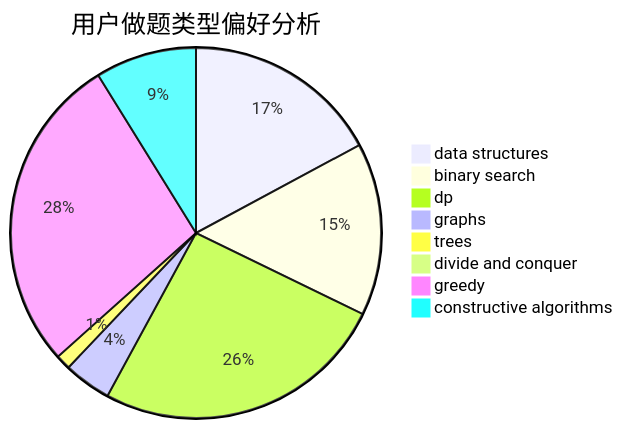
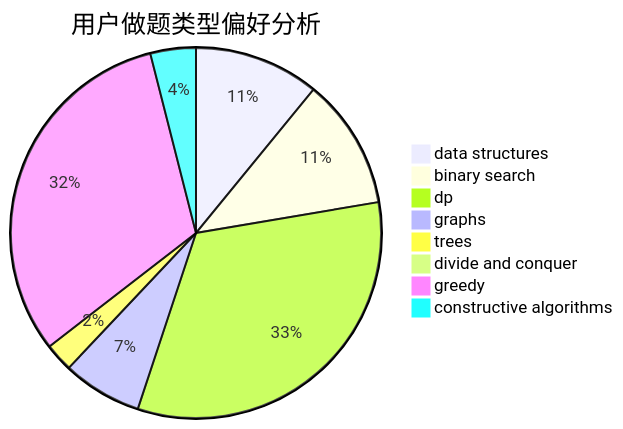
One commit to sherpahu/cfrs.github.io changed the second of 3 diagrams in docs/user/u51.md. Above: the diagram before and after it, drawn with Mermaid. The commit also changed other lines of this file and 2770 other files, not shown here.

````diff
--- a/docs/user/u51.md
+++ b/docs/user/u51.md
@@ -23,11 +23,11 @@
 ```mermaid
 pie title 用户做题类型偏好分析
-    "data structures" :  66
-    "binary search" :  58
-    "dp" :  99
-    "graphs" :  16
-    "trees" :  5
+    "data structures" :  44
+    "binary search" :  46
+    "dp" :  132
+    "graphs" :  28
+    "trees" :  10
     "divide and conquer" :  0
-    "greedy" :  107
-    "constructive algorithms" :  34
+    "greedy" :  127
+    "constructive algorithms" :  16
 ```
````
